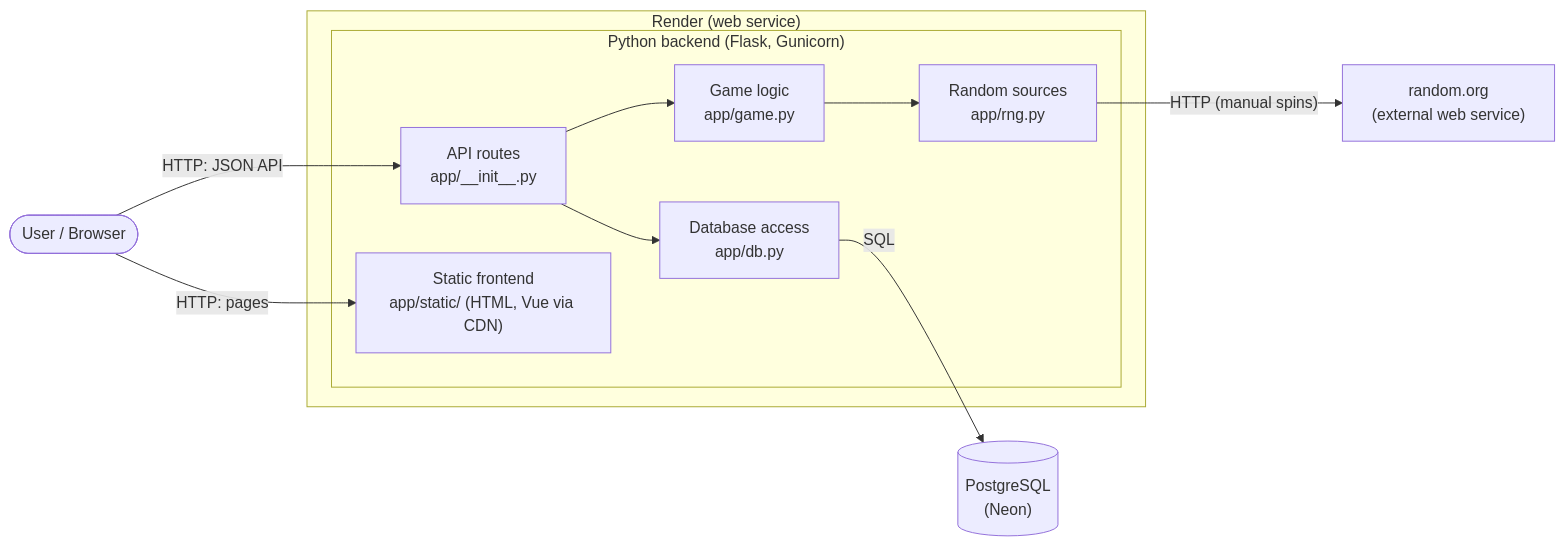
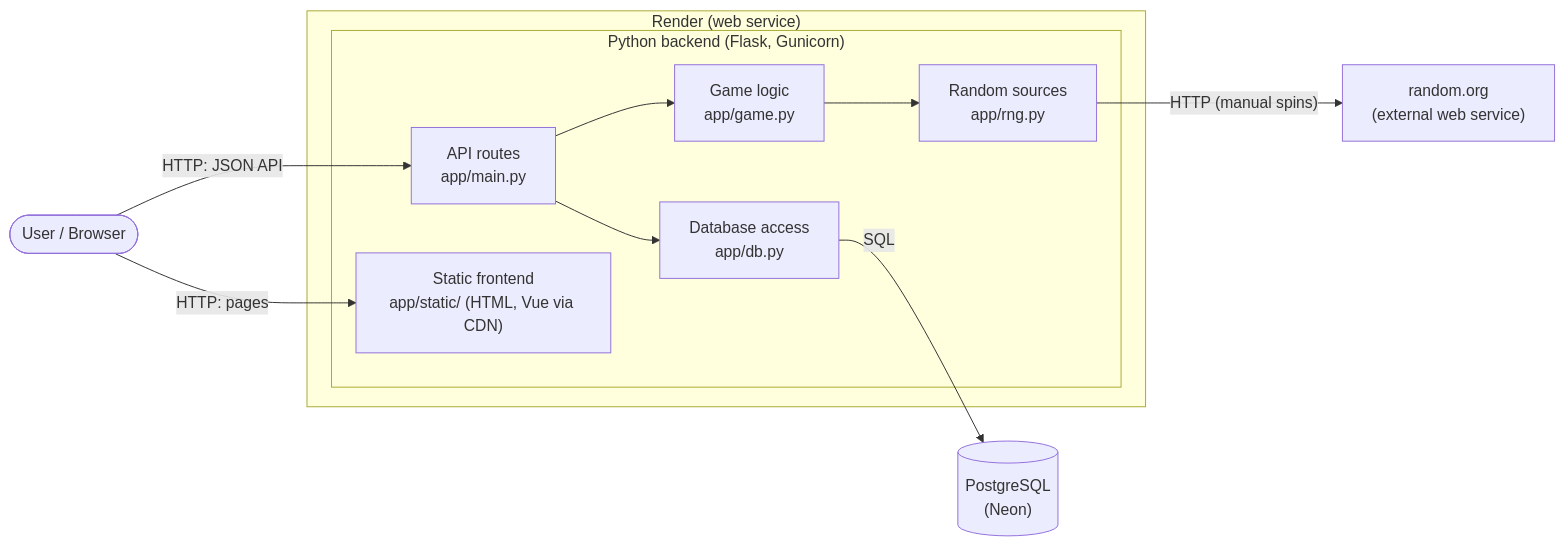
Before and after one commit to iceangel79/Slot_Machine: the first of 3 diagrams in docs/architecture.md, drawn with Mermaid. The commit also changed 6 other files, not shown here.

Commit message:
Move Flask app to app/main.py so the package has no import side effects

````diff
--- a/docs/architecture.md
+++ b/docs/architecture.md
@@ -10,25 +10,25 @@
 ```mermaid
 flowchart LR
     user([User / Browser])
 
     subgraph render["Render (web service)"]
         subgraph backend["Python backend (Flask, Gunicorn)"]
-            api["API routes<br/>app/__init__.py"]
+            api["API routes<br/>app/main.py"]
             game["Game logic<br/>app/game.py"]
             rng["Random sources<br/>app/rng.py"]
             db["Database access<br/>app/db.py"]
             static["Static frontend<br/>app/static/ (HTML, Vue via CDN)"]
         end
     end
 
     neon[("PostgreSQL<br/>(Neon)")]
     randomorg["random.org<br/>(external web service)"]
 
     user -- "HTTP: pages" --> static
     user -- "HTTP: JSON API" --> api
     api --> game
     api --> db
     game --> rng
     rng -- "HTTP (manual spins)" --> randomorg
     db -- "SQL" --> neon
 ```
````
